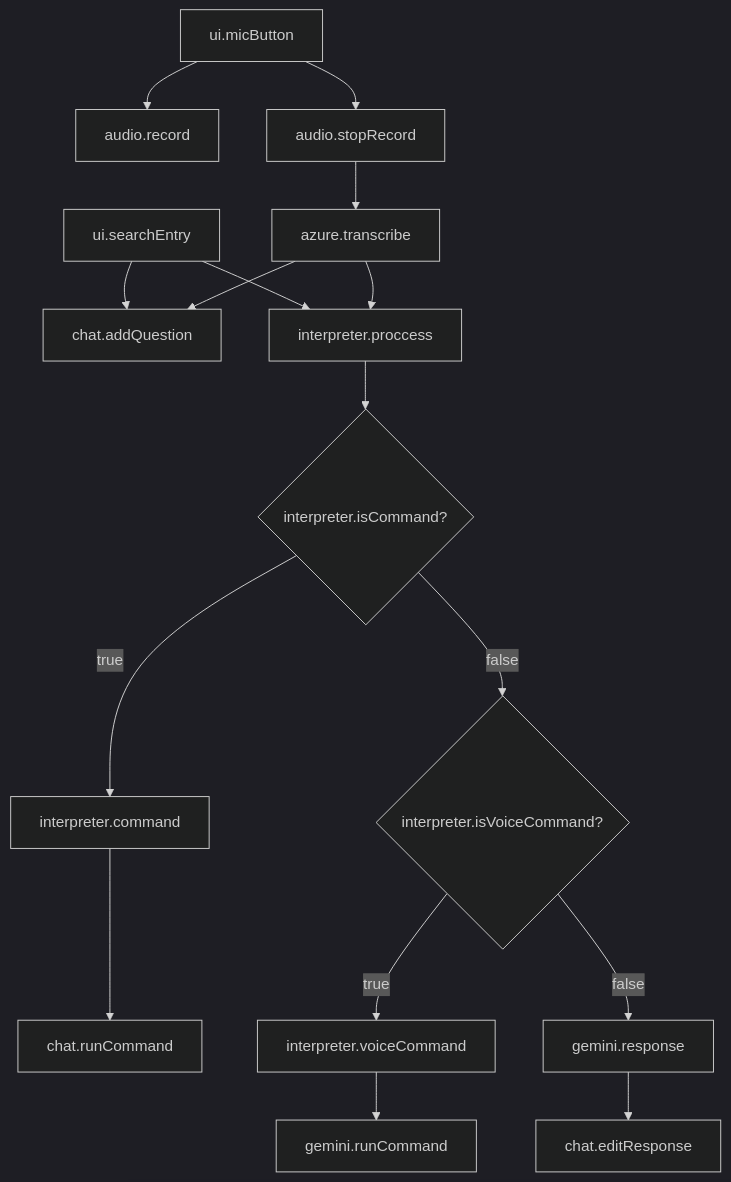
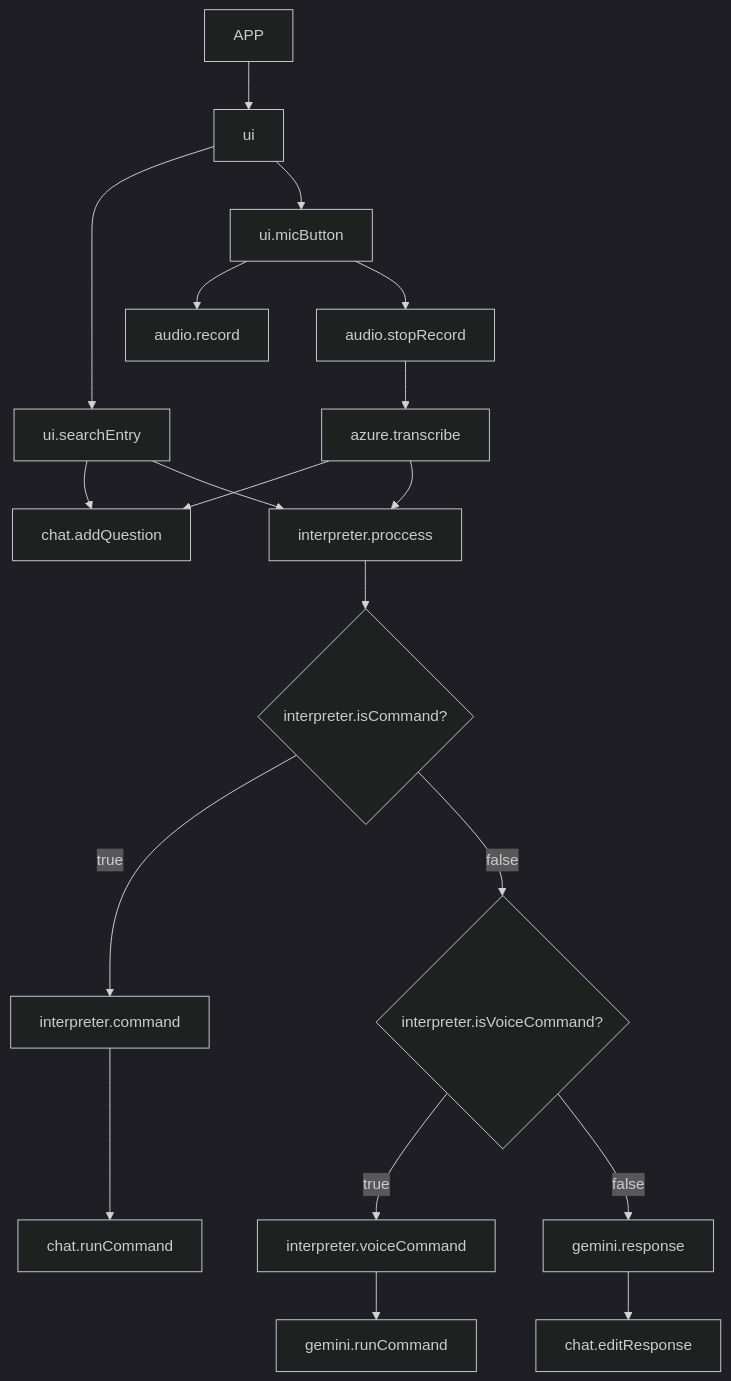
Before and after one commit to hermannhahn/aiva: the diagram in Markdown.md, drawn with Mermaid (dark theme). The commit also changed 1 other file, not shown here.

````diff
--- a/Markdown.md
+++ b/Markdown.md
@@ -1,22 +1,27 @@
 ```mermaid
 graph TD
+    %% App
+    APP[APP] --> UI[ui]
+    UI --> A
+    UI --> D
+
     %% Entry
     A[ui.searchEntry] --> B[chat.addQuestion]
     A --> C[interpreter.proccess]
 
     D[ui.micButton] --> E[audio.record]
     D --> F[audio.stopRecord]
 
     %% Audio
     F --> G[azure.transcribe]
     G --> B
     G --> C
 
     %% Interpreter
     C --> H{interpreter.isCommand?}
     H -- true --> I[interpreter.command] --> J[chat.runCommand]
     H -- false --> K{interpreter.isVoiceCommand?}
 
     K -- true --> L[interpreter.voiceCommand] --> M[gemini.runCommand]
     K -- false --> N[gemini.response] --> O[chat.editResponse]
 ```
````
